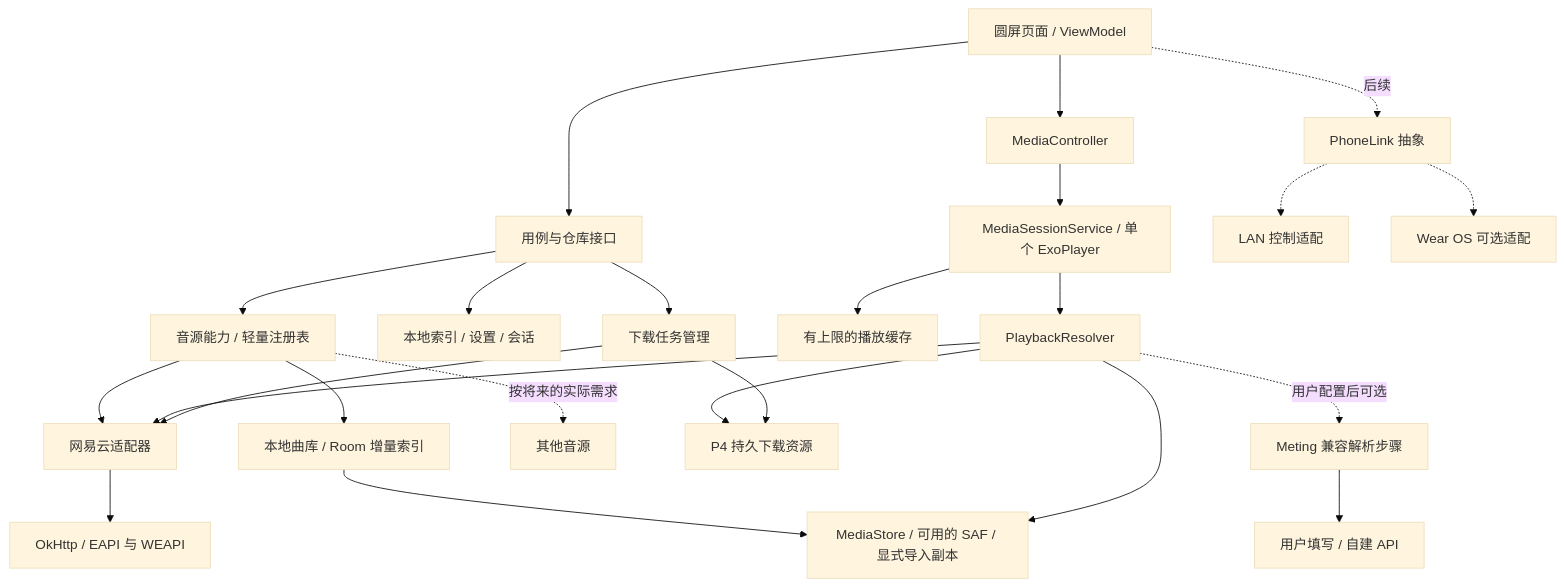
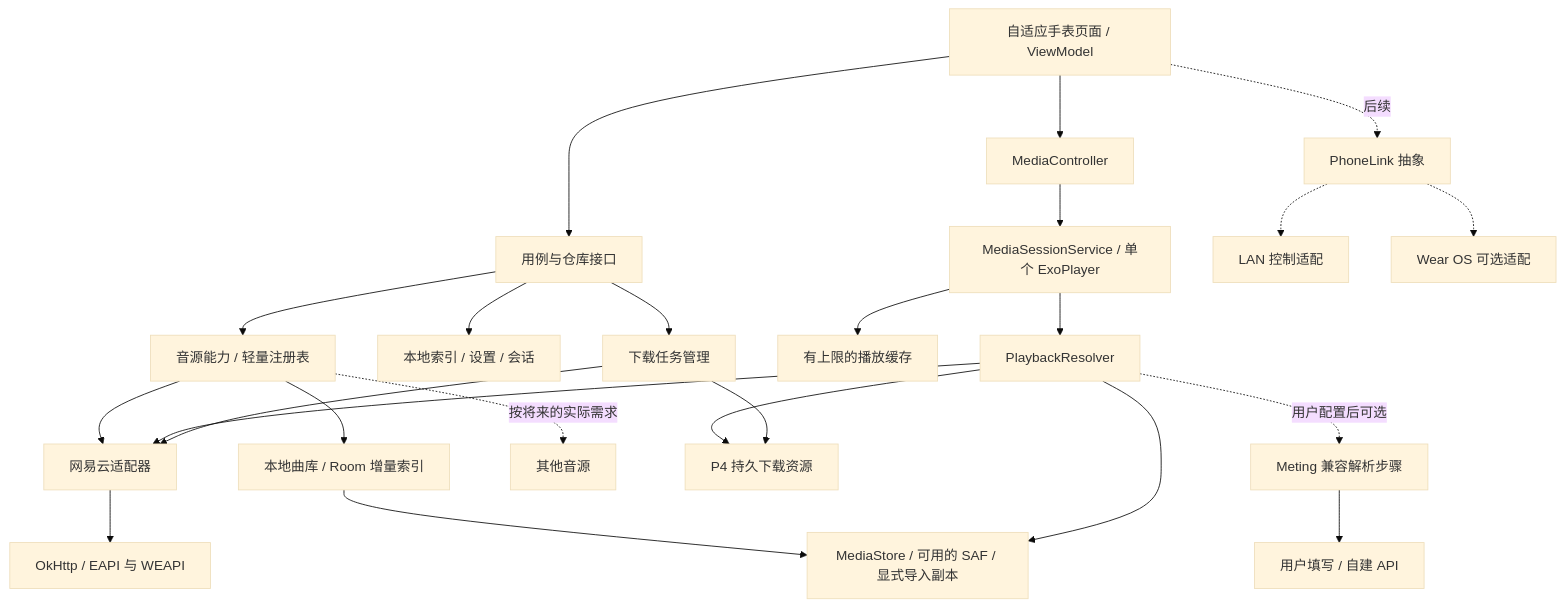
Before and after one commit to OnlineMo/MeloX-Watch: the diagram in docs/03-技术架构与接口.md, drawn with Mermaid (base theme). The commit also changed other lines of this file and 27 other files, not shown here.

````diff
--- a/docs/03-技术架构与接口.md
+++ b/docs/03-技术架构与接口.md
@@ -9,26 +11,26 @@
 ```mermaid
 flowchart TD
-    UI[圆屏页面 / ViewModel] --> UC[用例与仓库接口]
+    UI[自适应手表页面 / ViewModel] --> UC[用例与仓库接口]
     UI --> MC[MediaController]
     MC --> PS[MediaSessionService / 单个 ExoPlayer]
     UC --> REG[音源能力 / 轻量注册表]
     REG --> NR[网易云适配器]
     REG --> LR[本地曲库 / Room 增量索引]
     REG -. 按将来的实际需求 .-> EXTRA[其他音源]
     LR --> LOCAL[MediaStore / 可用的 SAF / 显式导入副本]
     UC --> DB[本地索引 / 设置 / 会话]
     PS --> RES[PlaybackResolver]
     RES --> LOCAL
     RES --> DL[P4 持久下载资源]
     RES --> NR
     RES -. 用户配置后可选 .-> MR[Meting 兼容解析步骤]
     MR --> CUSTOM[用户填写 / 自建 API]
     NR --> HTTP[OkHttp / EAPI 与 WEAPI]
     PS --> CACHE[有上限的播放缓存]
     UC --> DM[下载任务管理]
     DM --> NR
     DM --> DL
     UI -. 后续 .-> LINK[PhoneLink 抽象]
     LINK -.-> LAN[LAN 控制适配]
     LINK -.-> WEAR[Wear OS 可选适配]
 ```
````
